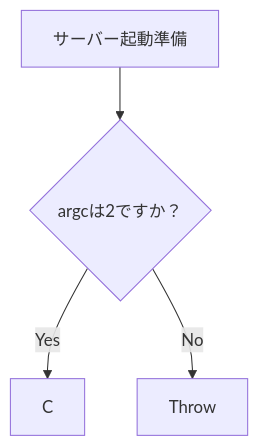
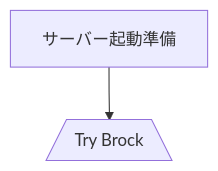
Before and after one commit to sora-grayscale/ft_irc: the second of 3 diagrams in flowchart_01_overview.md, drawn with Mermaid. The commit also changed other lines of this file, not shown here.

````diff
--- a/flowchart_01_overview.md
+++ b/flowchart_01_overview.md
@@ -32,8 +32,5 @@
 ```mermaid
 graph TD
     A[サーバー起動準備] --> B[/Try Brock\]
-    B{argcは2ですか？}
-    B -->|Yes| C
-    B -->|No| D[Throw]
 
 ```
````
